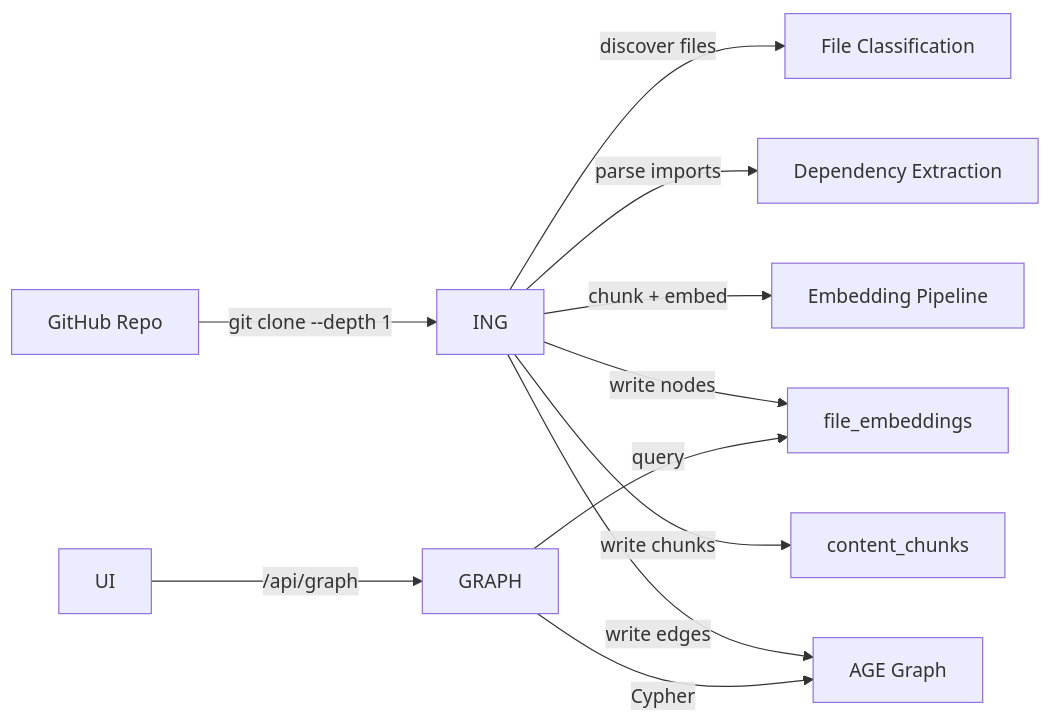
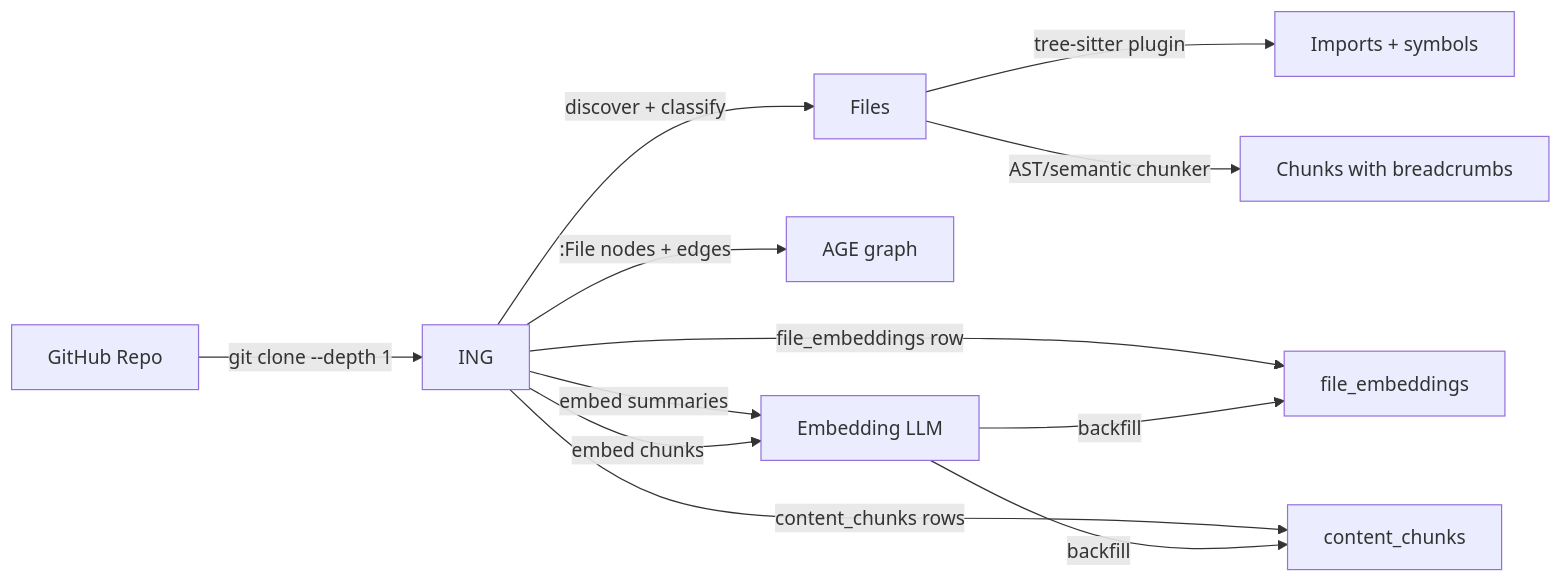
One commit to invariantcontinuum/substrate changed the second of 2 diagrams in docs/architecture/overview.md. Above: the diagram before and after it, drawn with Mermaid. The commit also changed other lines of this file and 11 other files, not shown here.

Commit message:
docs: rewrite architecture and system-design docs for single-db, sse-only, ast chunker, enriched summary

````diff
--- a/docs/architecture/overview.md
+++ b/docs/architecture/overview.md
@@ -123,13 +132,14 @@
 ```mermaid
 flowchart LR
     GH[GitHub Repo] -->|git clone --depth 1| ING
-    ING -->|discover files| DISC[File Classification]
-    ING -->|parse imports| PARSE[Dependency Extraction]
-    ING -->|chunk + embed| EMB[Embedding Pipeline]
-    ING -->|write nodes| REL[file_embeddings]
-    ING -->|write chunks| REL2[content_chunks]
-    ING -->|write edges| AGE[AGE Graph]
-    GRAPH -->|query| REL
-    GRAPH -->|Cypher| AGE
-    UI -->|/api/graph| GRAPH
+    ING -->|discover + classify| DISC[Files]
+    DISC -->|tree-sitter plugin| PARSE[Imports + symbols]
+    DISC -->|AST/semantic chunker| CHK[Chunks with breadcrumbs]
+    ING -->|file_embeddings row| REL[file_embeddings]
+    ING -->|content_chunks rows| REL2[content_chunks]
+    ING -->|:File nodes + edges| AGE[AGE graph]
+    ING -->|embed summaries| EMB[Embedding LLM]
+    EMB -->|backfill| REL
+    ING -->|embed chunks| EMB
+    EMB -->|backfill| REL2
 ```
````
